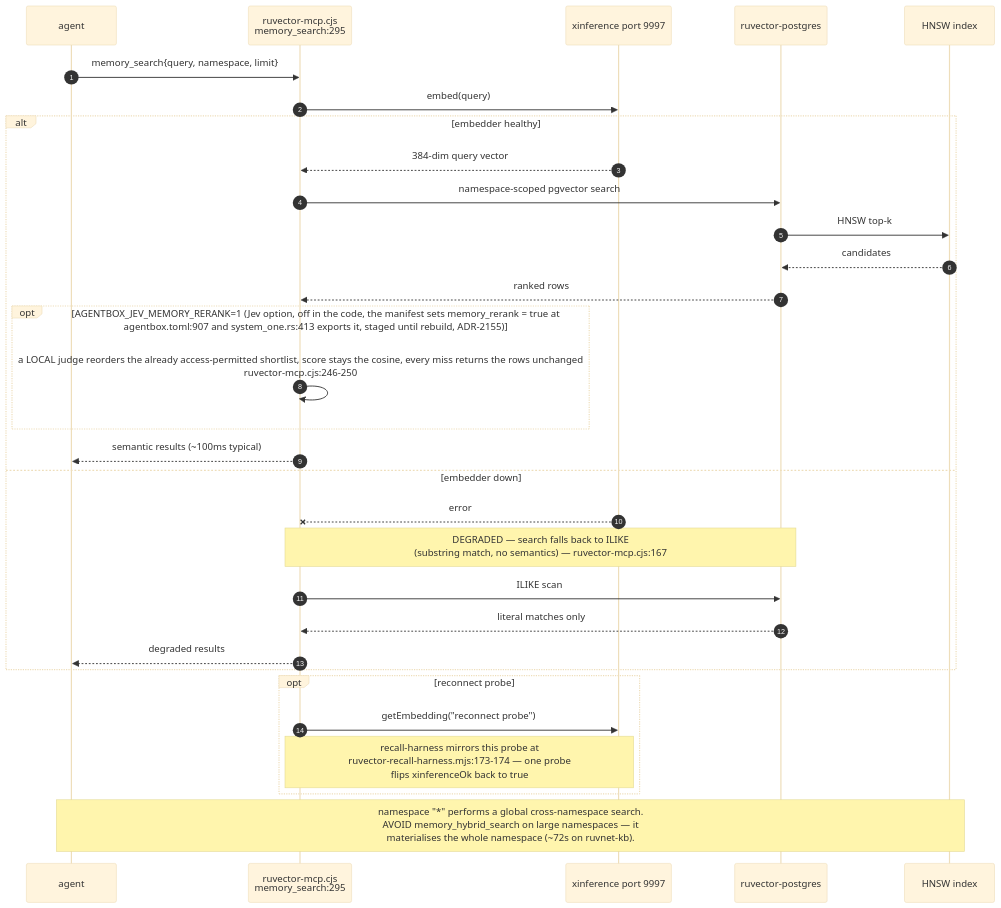
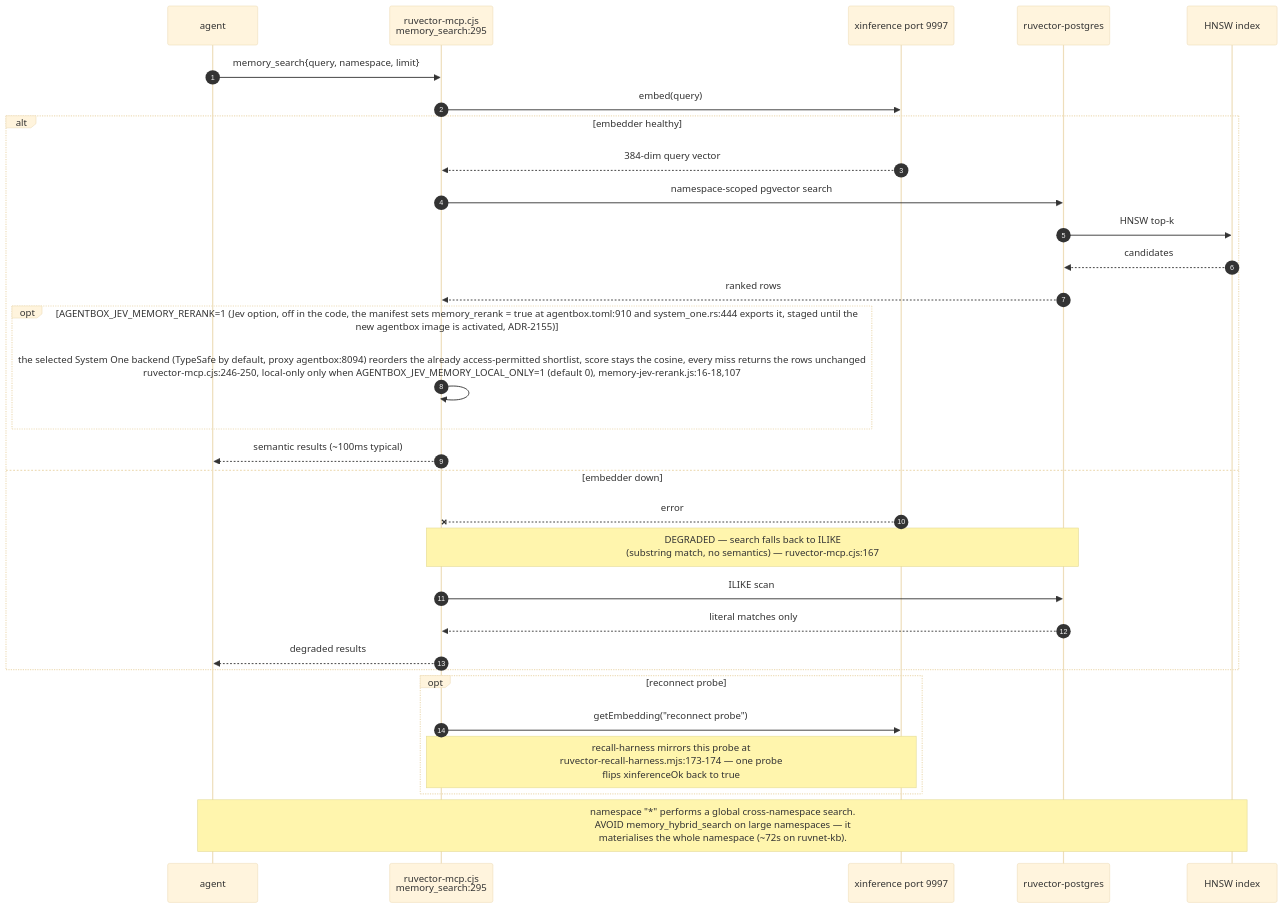
The third of 6 diagrams in docs/diagrams/estate/07-memory-and-embedding-estate.md (DreamLab-AI/VisionFlow), drawn with Mermaid (base theme) before and after one commit. The commit also changed other lines of this file and 142 other files, not shown here.

First line of the commit message:
docs(diagrams): one System One route; re-verify 140 topics at today's heads

````diff
--- a/docs/diagrams/estate/07-memory-and-embedding-estate.md
+++ b/docs/diagrams/estate/07-memory-and-embedding-estate.md
@@ -113,34 +114,34 @@
 ```mermaid
 sequenceDiagram
     autonumber
     participant A as agent
     participant M as ruvector-mcp.cjs<br/>memory_search:295
     participant X as xinference port 9997
     participant P as ruvector-postgres
     participant H as HNSW index
 
     A->>M: memory_search{query, namespace, limit}
     M->>X: embed(query)
     alt embedder healthy
         X-->>M: 384-dim query vector
         M->>P: namespace-scoped pgvector search
         P->>H: HNSW top-k
         H-->>P: candidates
         P-->>M: ranked rows
-        opt AGENTBOX_JEV_MEMORY_RERANK=1 (Jev option, off in the code, the manifest sets memory_rerank = true at agentbox.toml:907 and system_one.rs:413 exports it, staged until rebuild, ADR-2155)
-            M->>M: a LOCAL judge reorders the already access-permitted shortlist, score stays the cosine, every miss returns the rows unchanged<br/>ruvector-mcp.cjs:246-250
+        opt AGENTBOX_JEV_MEMORY_RERANK=1 (Jev option, off in the code, the manifest sets memory_rerank = true at agentbox.toml:910 and system_one.rs:444 exports it, staged until the new agentbox image is activated, ADR-2155)
+            M->>M: the selected System One backend (TypeSafe by default, proxy agentbox:8094) reorders the already access-permitted shortlist, score stays the cosine, every miss returns the rows unchanged<br/>ruvector-mcp.cjs:246-250, local-only only when AGENTBOX_JEV_MEMORY_LOCAL_ONLY=1 (default 0), memory-jev-rerank.js:16-18,107
         end
         M-->>A: semantic results (~100ms typical)
     else embedder down
         X--xM: error
         Note over M,P: DEGRADED — search falls back to ILIKE<br/>(substring match, no semantics) — ruvector-mcp.cjs:167
         M->>P: ILIKE scan
         P-->>M: literal matches only
         M-->>A: degraded results
     end
     opt reconnect probe
         M->>X: getEmbedding("reconnect probe")
         Note over M,X: recall-harness mirrors this probe at<br/>ruvector-recall-harness.mjs:173-174 — one probe<br/>flips xinferenceOk back to true
     end
     Note over A,H: namespace "*" performs a global cross-namespace search.<br/>AVOID memory_hybrid_search on large namespaces — it<br/>materialises the whole namespace (~72s on ruvnet-kb).
 ```
````
